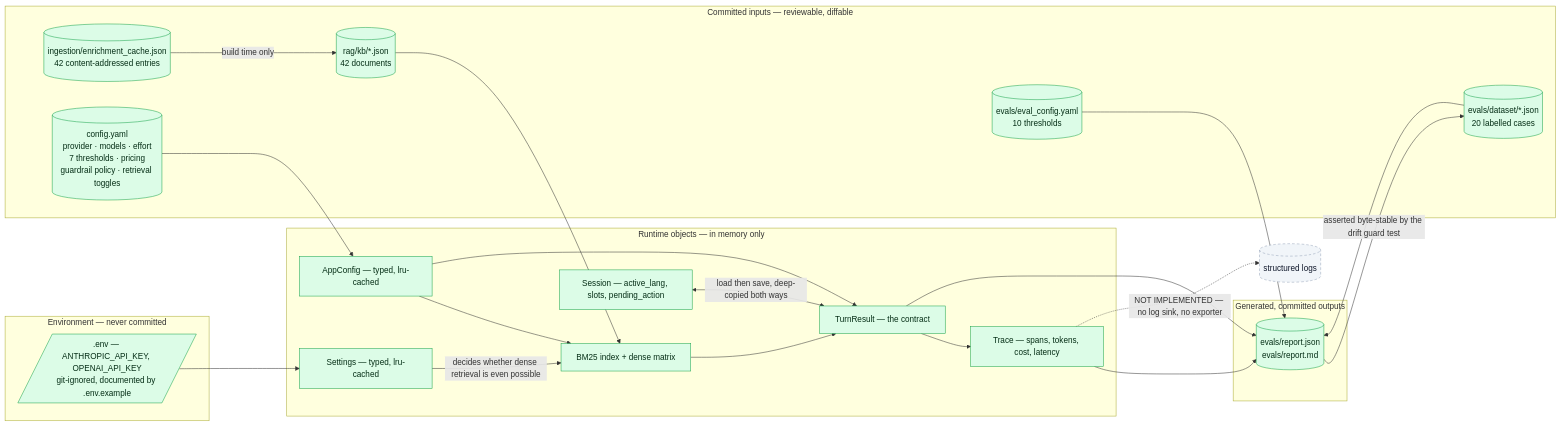
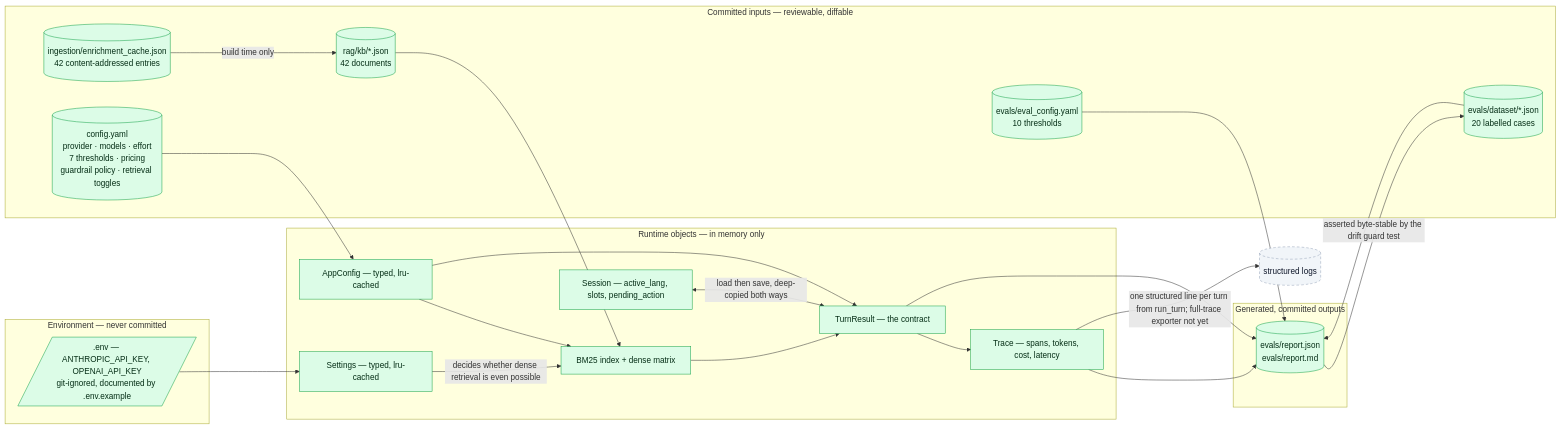
Before and after one commit to Deyber2000/zapp-ai-agent: the third of 6 diagrams in docs/system-flow.md, drawn with Mermaid. The commit also changed other lines of this file and 7 other files, not shown here.

````diff
--- a/docs/system-flow.md
+++ b/docs/system-flow.md
@@ -162,53 +163,53 @@
 ```mermaid
 flowchart LR
     subgraph inputs["Committed inputs — reviewable, diffable"]
         KB[("rag/kb/*.json<br/>42 documents")]
         EC[("ingestion/enrichment_cache.json<br/>42 content-addressed entries")]
         CFG[("config.yaml<br/>provider · models · effort<br/>7 thresholds · pricing<br/>guardrail policy · retrieval toggles")]
         DSET[("evals/dataset/*.json<br/>20 labelled cases")]
         ETH[("evals/eval_config.yaml<br/>10 thresholds")]
     end
 
     subgraph secrets["Environment — never committed"]
         ENV[/".env — ANTHROPIC_API_KEY, OPENAI_API_KEY<br/>git-ignored, documented by .env.example"/]
     end
 
     subgraph runtime["Runtime objects — in memory only"]
         AC["AppConfig — typed, lru-cached"]
         SET["Settings — typed, lru-cached"]
         IDX["BM25 index + dense matrix"]
         SESS["Session — active_lang, slots, pending_action"]
         TRC["Trace — spans, tokens, cost, latency"]
         RES["TurnResult — the contract"]
     end
 
     subgraph outputs["Generated, committed outputs"]
         RPT[("evals/report.json<br/>evals/report.md")]
     end
 
     EC -->|"build time only"| KB
     KB --> IDX
     CFG --> AC
     ENV --> SET
     AC --> IDX
     SET -->|"decides whether dense retrieval is even possible"| IDX
 
     IDX --> RES
     AC --> RES
     SESS <-->|"load then save, deep-copied both ways"| RES
     RES --> TRC
 
     DSET --> RPT
     ETH --> RPT
     RES --> RPT
     TRC --> RPT
     RPT -->|"asserted byte-stable by the drift guard test"| DSET
 
-    TRC -.->|"NOT IMPLEMENTED — no log sink, no exporter"| LOGS[("structured logs")]
+    TRC -->|"one structured line per turn from run_turn; full-trace exporter not yet"| LOGS[("structured logs")]
 
     classDef det fill:#dcfce7,stroke:#16a34a,color:#052e16;
     classDef gap fill:#f1f5f9,stroke:#94a3b8,color:#0f172a,stroke-dasharray: 5 4;
     class KB,EC,CFG,DSET,ETH,AC,SET,IDX,SESS,TRC,RES,RPT det;
     class LOGS gap;
     class ENV det;
 ```
````
